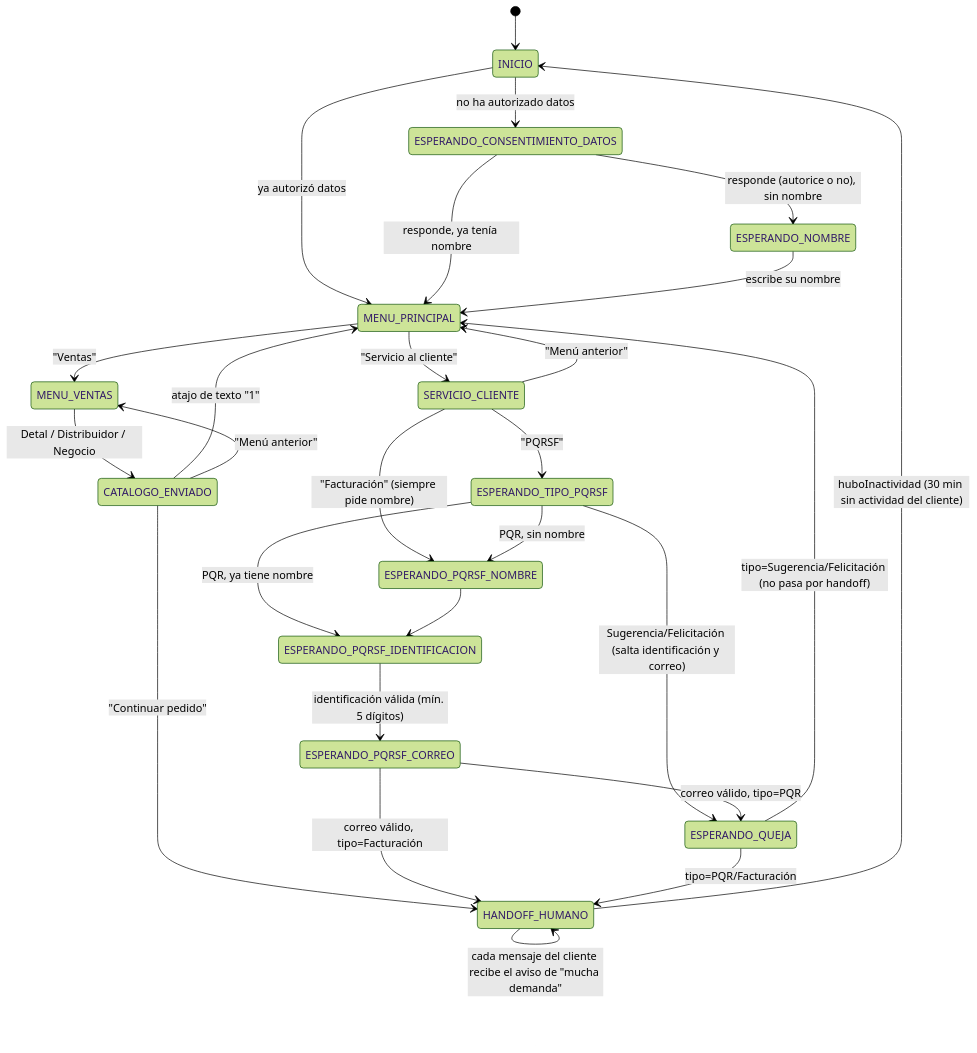
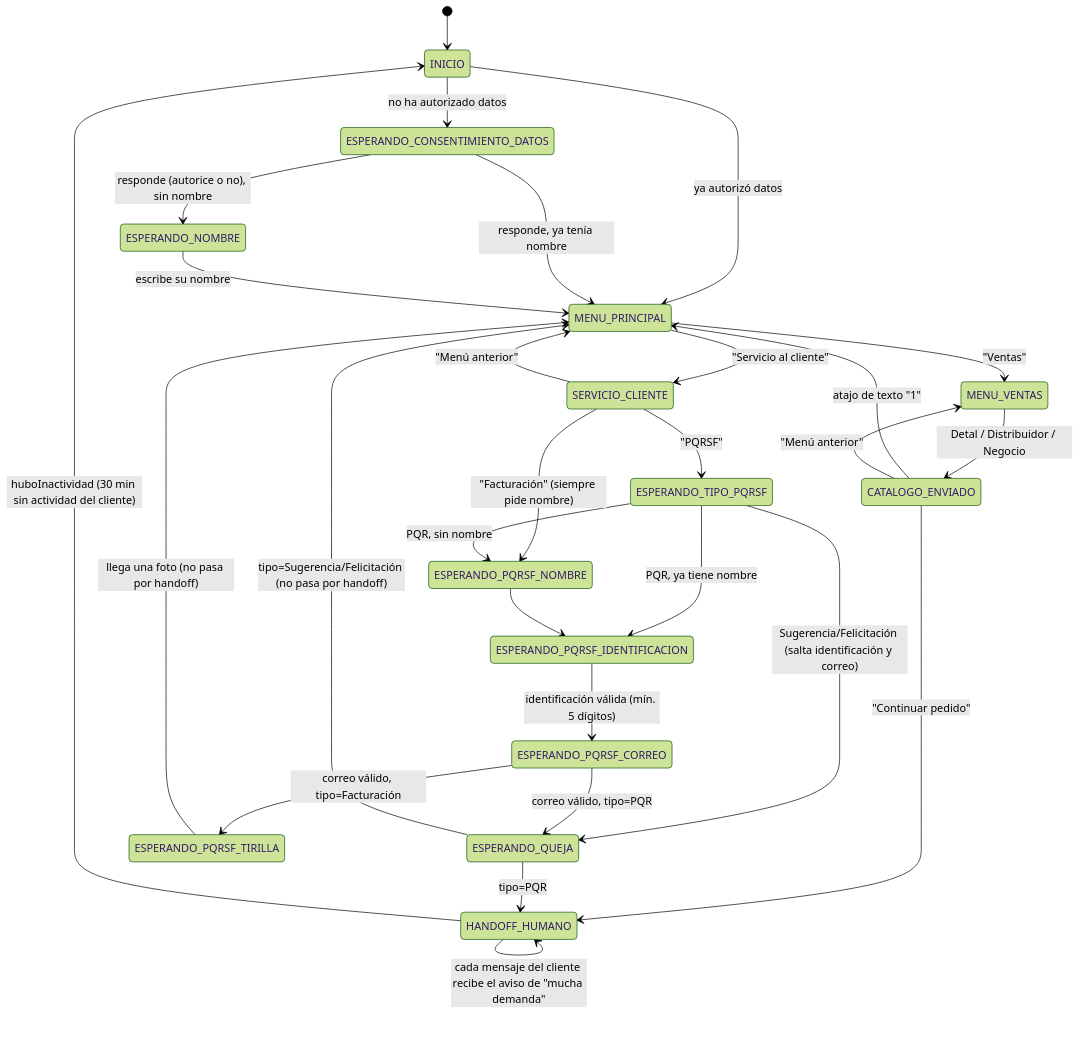
Before and after one commit to ventasecoalimentos/Whatsap_venta_lacteos: the diagram in docs/FLUJO_ESTADOS.md, drawn with Mermaid (forest theme). The commit also changed other lines of this file and 35 other files, not shown here.

First line of the commit message:
feat: Facturación cierra sola pidiendo la tirilla, y catálogo de Ventas con imagen "cómo comprar"

````diff
--- a/docs/FLUJO_ESTADOS.md
+++ b/docs/FLUJO_ESTADOS.md
@@ -38,34 +39,35 @@
 ```mermaid
 stateDiagram-v2
     [*] --> INICIO
     INICIO --> ESPERANDO_CONSENTIMIENTO_DATOS: no ha autorizado datos
     INICIO --> MENU_PRINCIPAL: ya autorizó datos
     ESPERANDO_CONSENTIMIENTO_DATOS --> ESPERANDO_NOMBRE: responde (autorice o no), sin nombre
     ESPERANDO_CONSENTIMIENTO_DATOS --> MENU_PRINCIPAL: responde, ya tenía nombre
     ESPERANDO_NOMBRE --> MENU_PRINCIPAL: escribe su nombre
 
     MENU_PRINCIPAL --> SERVICIO_CLIENTE: "Servicio al cliente"
     MENU_PRINCIPAL --> MENU_VENTAS: "Ventas"
 
     MENU_VENTAS --> CATALOGO_ENVIADO: Detal / Distribuidor / Negocio
     CATALOGO_ENVIADO --> MENU_PRINCIPAL: atajo de texto "1"
     CATALOGO_ENVIADO --> MENU_VENTAS: "Menú anterior"
     CATALOGO_ENVIADO --> HANDOFF_HUMANO: "Continuar pedido"
 
     SERVICIO_CLIENTE --> MENU_PRINCIPAL: "Menú anterior"
     SERVICIO_CLIENTE --> ESPERANDO_PQRSF_NOMBRE: "Facturación" (siempre pide nombre)
     SERVICIO_CLIENTE --> ESPERANDO_TIPO_PQRSF: "PQRSF"
 
     ESPERANDO_TIPO_PQRSF --> ESPERANDO_PQRSF_NOMBRE: PQR, sin nombre
     ESPERANDO_TIPO_PQRSF --> ESPERANDO_PQRSF_IDENTIFICACION: PQR, ya tiene nombre
     ESPERANDO_TIPO_PQRSF --> ESPERANDO_QUEJA: Sugerencia/Felicitación (salta identificación y correo)
     ESPERANDO_PQRSF_NOMBRE --> ESPERANDO_PQRSF_IDENTIFICACION
     ESPERANDO_PQRSF_IDENTIFICACION --> ESPERANDO_PQRSF_CORREO: identificación válida (mín. 5 dígitos)
-    ESPERANDO_PQRSF_CORREO --> HANDOFF_HUMANO: correo válido, tipo=Facturación
+    ESPERANDO_PQRSF_CORREO --> ESPERANDO_PQRSF_TIRILLA: correo válido, tipo=Facturación
     ESPERANDO_PQRSF_CORREO --> ESPERANDO_QUEJA: correo válido, tipo=PQR
-    ESPERANDO_QUEJA --> HANDOFF_HUMANO: tipo=PQR/Facturación
+    ESPERANDO_PQRSF_TIRILLA --> MENU_PRINCIPAL: llega una foto (no pasa por handoff)
+    ESPERANDO_QUEJA --> HANDOFF_HUMANO: tipo=PQR
     ESPERANDO_QUEJA --> MENU_PRINCIPAL: tipo=Sugerencia/Felicitación (no pasa por handoff)
 
     HANDOFF_HUMANO --> HANDOFF_HUMANO: cada mensaje del cliente recibe el aviso de "mucha demanda"
     HANDOFF_HUMANO --> INICIO: huboInactividad (30 min sin actividad del cliente)
 ```
````
